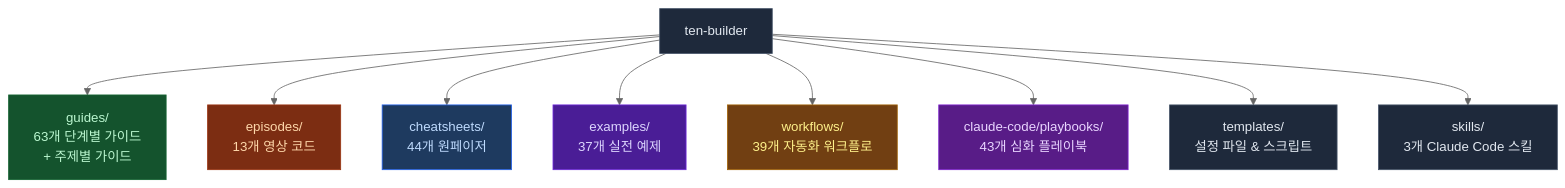
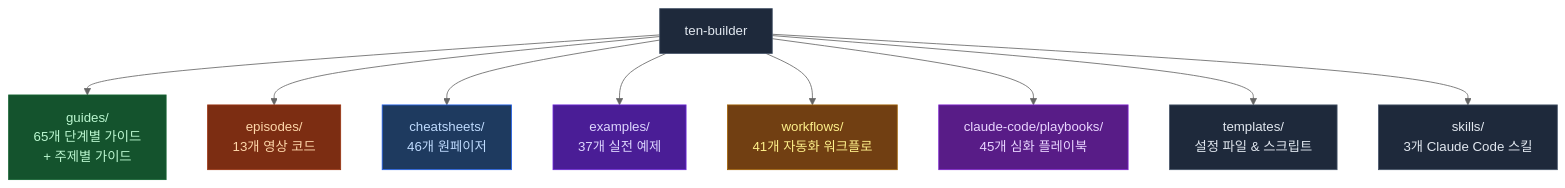
The first of 2 diagrams in README.md (ten-builder/ten-builder), drawn with Mermaid (neutral theme) before and after one commit. The commit also changed other lines of this file, not shown here.

Commit message:
docs: README sync -- add guides 61-63, playbooks 47-51, 11 cheatsheets, 2 workflows, 2 examples

````diff
--- a/README.md
+++ b/README.md
@@ -23,21 +23,21 @@
 ```mermaid
 flowchart TD
-    R["ten-builder"] --> G["guides/\n63개 단계별 가이드\n+ 주제별 가이드"]
+    R["ten-builder"] --> G["guides/\n65개 단계별 가이드\n+ 주제별 가이드"]
     R --> E["episodes/\n13개 영상 코드"]
-    R --> C["cheatsheets/\n44개 원페이저"]
+    R --> C["cheatsheets/\n46개 원페이저"]
     R --> EX["examples/\n37개 실전 예제"]
-    R --> W["workflows/\n39개 자동화 워크플로"]
-    R --> P["claude-code/playbooks/\n43개 심화 플레이북"]
+    R --> W["workflows/\n41개 자동화 워크플로"]
+    R --> P["claude-code/playbooks/\n45개 심화 플레이북"]
     R --> T["templates/\n설정 파일 & 스크립트"]
     R --> S["skills/\n3개 Claude Code 스킬"]
 
     style R fill:#1e293b,stroke:#475569,color:#e2e8f0
     style G fill:#14532d,stroke:#166534,color:#bbf7d0
     style E fill:#7c2d12,stroke:#9a3412,color:#fed7aa
     style C fill:#1e3a5f,stroke:#2563eb,color:#bfdbfe
     style EX fill:#4a1d96,stroke:#6d28d9,color:#ddd6fe
     style W fill:#713f12,stroke:#a16207,color:#fef08a
     style P fill:#581c87,stroke:#7e22ce,color:#e9d5ff
     style T fill:#1e293b,stroke:#475569,color:#e2e8f0
     style S fill:#1e293b,stroke:#475569,color:#e2e8f0
 ```
````
